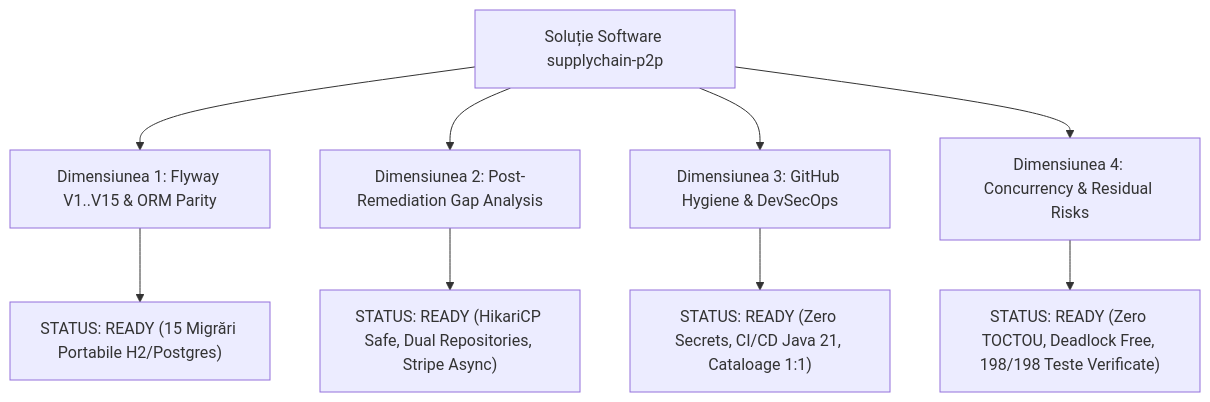
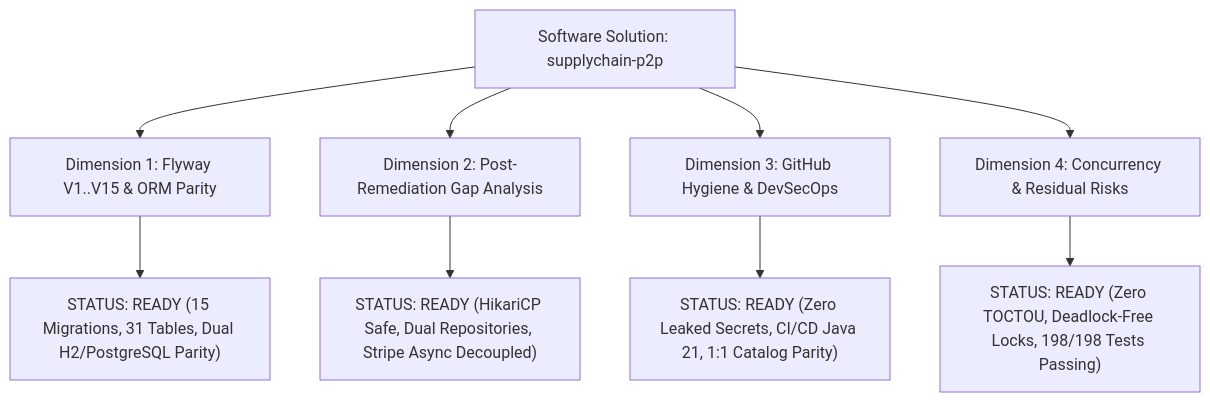
One commit to SyncopeSDBIS/supply_chain_and_vendor_management_system changed the first of 4 diagrams in RAPORT_AUDIT_PRE_RELEASE.md. Above: the diagram before and after it, drawn with Mermaid. The commit also changed other lines of this file, not shown here.

````diff
--- a/RAPORT_AUDIT_PRE_RELEASE.md
+++ b/RAPORT_AUDIT_PRE_RELEASE.md
@@ -15,12 +15,12 @@
 ```mermaid
 graph TD
-    A[Soluție Software supplychain-p2p] --> B[Dimensiunea 1: Flyway V1..V15 & ORM Parity]
-    A --> C[Dimensiunea 2: Post-Remediation Gap Analysis]
-    A --> D[Dimensiunea 3: GitHub Hygiene & DevSecOps]
-    A --> E[Dimensiunea 4: Concurrency & Residual Risks]
+    A[Software Solution: supplychain-p2p] --> B[Dimension 1: Flyway V1..V15 & ORM Parity]
+    A --> C[Dimension 2: Post-Remediation Gap Analysis]
+    A --> D[Dimension 3: GitHub Hygiene & DevSecOps]
+    A --> E[Dimension 4: Concurrency & Residual Risks]
 
-    B --> B1["STATUS: READY (15 Migrări Portabile H2/Postgres)"]
-    C --> C1["STATUS: READY (HikariCP Safe, Dual Repositories, Stripe Async)"]
-    D --> D1["STATUS: READY (Zero Secrets, CI/CD Java 21, Cataloage 1:1)"]
-    E --> E1["STATUS: READY (Zero TOCTOU, Deadlock Free, 198/198 Teste Verificate)"]
+    B --> B1["STATUS: READY (15 Migrations, 31 Tables, Dual H2/PostgreSQL Parity)"]
+    C --> C1["STATUS: READY (HikariCP Safe, Dual Repositories, Stripe Async Decoupled)"]
+    D --> D1["STATUS: READY (Zero Leaked Secrets, CI/CD Java 21, 1:1 Catalog Parity)"]
+    E --> E1["STATUS: READY (Zero TOCTOU, Deadlock-Free Locks, 198/198 Tests Passing)"]
 ```
````
